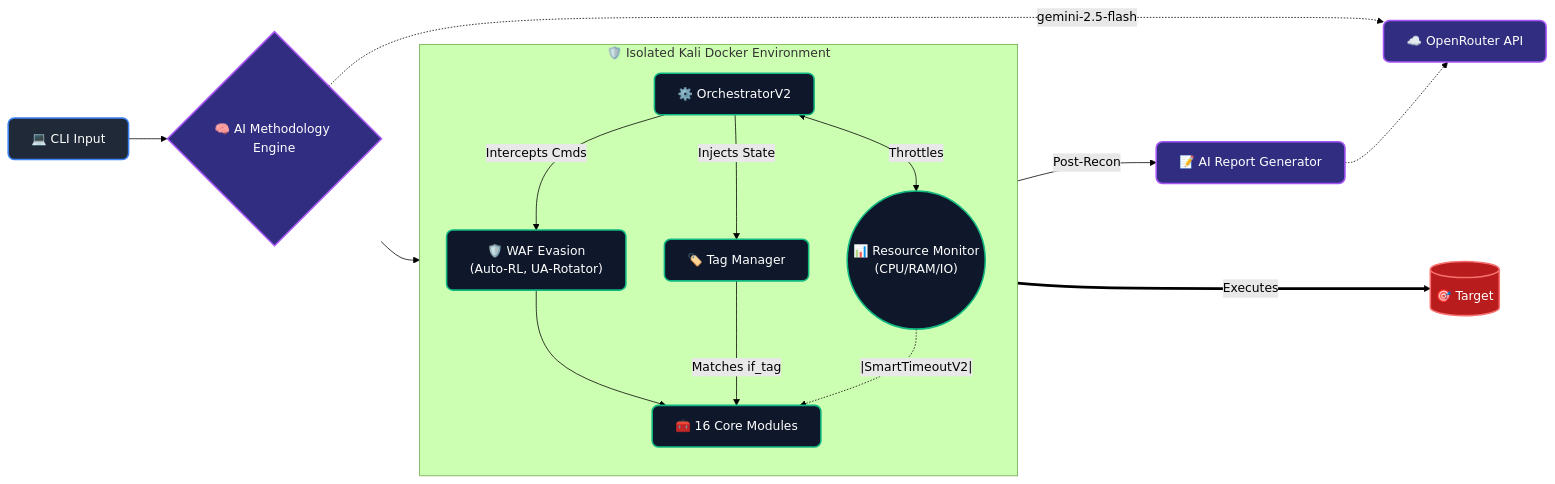
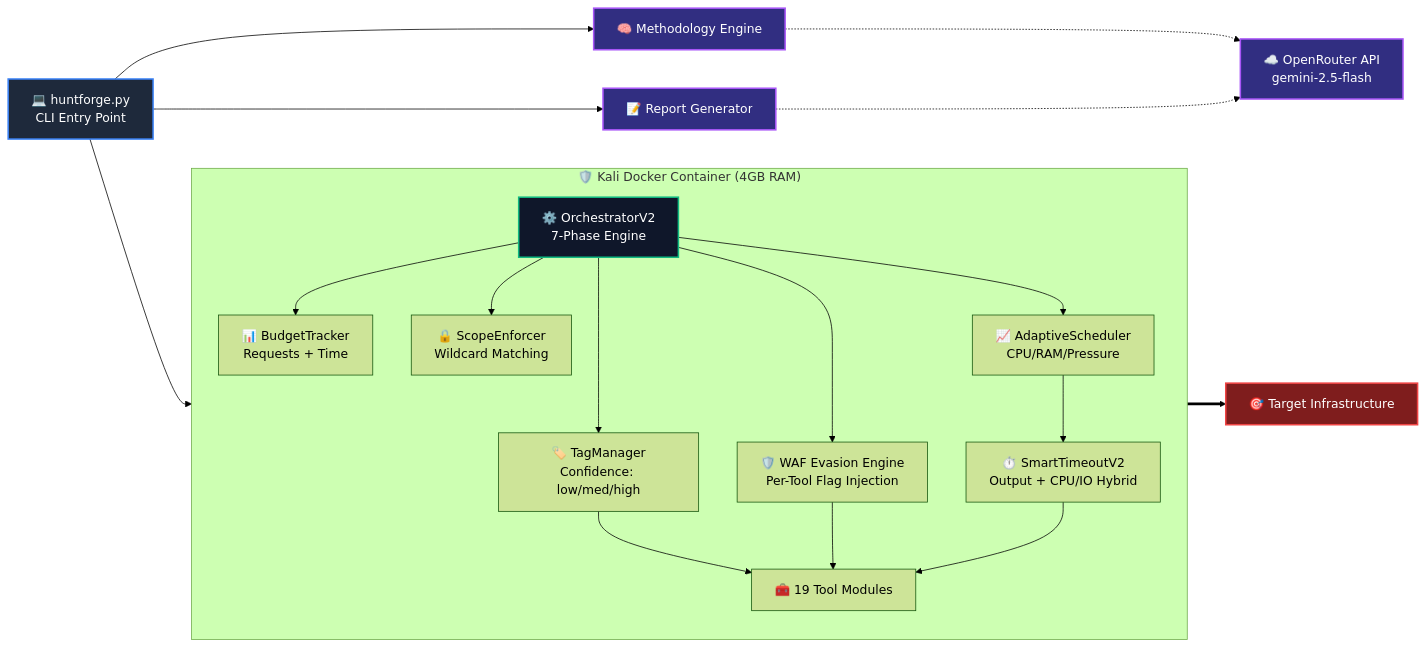
Before and after one commit to HuntForgeHQ/huntforge: the first of 4 diagrams in README.md, drawn with Mermaid (forest theme). The commit also changed other lines of this file and 26 other files, not shown here.

````diff
--- a/README.md
+++ b/README.md
@@ -52,25 +68,28 @@
 ```mermaid
 flowchart LR
-    classDef control fill:#1f2937,stroke:#3b82f6,stroke-width:2px,color:#fff,rx:8,ry:8
-    classDef ai fill:#312e81,stroke:#a855f7,stroke-width:2px,color:#fff,rx:8,ry:8
-    classDef system fill:#0f172a,stroke:#10b981,stroke-width:2px,color:#fff,rx:8,ry:8
-    classDef external fill:#b91c1c,stroke:#f87171,stroke-width:2px,color:#fff,rx:15,ry:15
+    classDef cli fill:#1e293b,stroke:#3b82f6,stroke-width:2px,color:#fff
+    classDef ai fill:#312e81,stroke:#a855f7,stroke-width:2px,color:#fff
+    classDef core fill:#0f172a,stroke:#10b981,stroke-width:2px,color:#fff
+    classDef target fill:#7f1d1d,stroke:#ef4444,stroke-width:2px,color:#fff
 
-    A["💻 CLI Input"]:::control --> B{"🧠 AI Methodology Engine"}:::ai
-    B --> C["⚙️ OrchestratorV2"]:::system
-    B -. "gemini-2.5-flash" .-> OR["☁️ OpenRouter API"]:::ai
-    C --> |Post-Recon| Rep["📝 AI Report Generator"]:::ai
-    Rep -.-> OR
+    CLI["💻 huntforge.py<br/>CLI Entry Point"]:::cli --> ORCH["⚙️ OrchestratorV2<br/>7-Phase Engine"]:::core
+    CLI --> AI["🧠 Methodology Engine"]:::ai
+    CLI --> RPT["📝 Report Generator"]:::ai
+    AI -.-> API["☁️ OpenRouter API<br/>gemini-2.5-flash"]:::ai
+    RPT -.-> API
 
-    subgraph DOCKER ["🛡️ Isolated Kali Docker Environment"]
+    subgraph CONTAINER ["🛡️ Kali Docker Container (4GB RAM)"]
         direction TB
-        C <--> |Throttles| RM(("📊 Resource Monitor\n(CPU/RAM/IO)")):::system
-        C --> |Injects State| TM["🏷️ Tag Manager"]:::system
-        C --> |Intercepts Cmds| Eva["🛡️ WAF Evasion\n(Auto-RL, UA-Rotator)"]:::system
-        Eva --> Mod["🧰 16 Core Modules"]:::system
-        TM --> |Matches if_tag| Mod
-        RM -. |SmartTimeoutV2| .-> Mod
+        ORCH --> TM["🏷️ TagManager<br/>Confidence: low/med/high"]
+        ORCH --> BT["📊 BudgetTracker<br/>Requests + Time"]
+        ORCH --> SE["🔒 ScopeEnforcer<br/>Wildcard Matching"]
+        ORCH --> SCH["📈 AdaptiveScheduler<br/>CPU/RAM/Pressure"]
+        ORCH --> WAF["🛡️ WAF Evasion Engine<br/>Per-Tool Flag Injection"]
+        TM --> MOD["🧰 19 Tool Modules"]
+        WAF --> MOD
+        SCH --> STO["⏱️ SmartTimeoutV2<br/>Output + CPU/IO Hybrid"]
+        STO --> MOD
     end
 
-    Mod ===>|Executes| Target[("🎯 Target")]:::external
+    MOD ==> TGT["🎯 Target Infrastructure"]:::target
 ```
````
